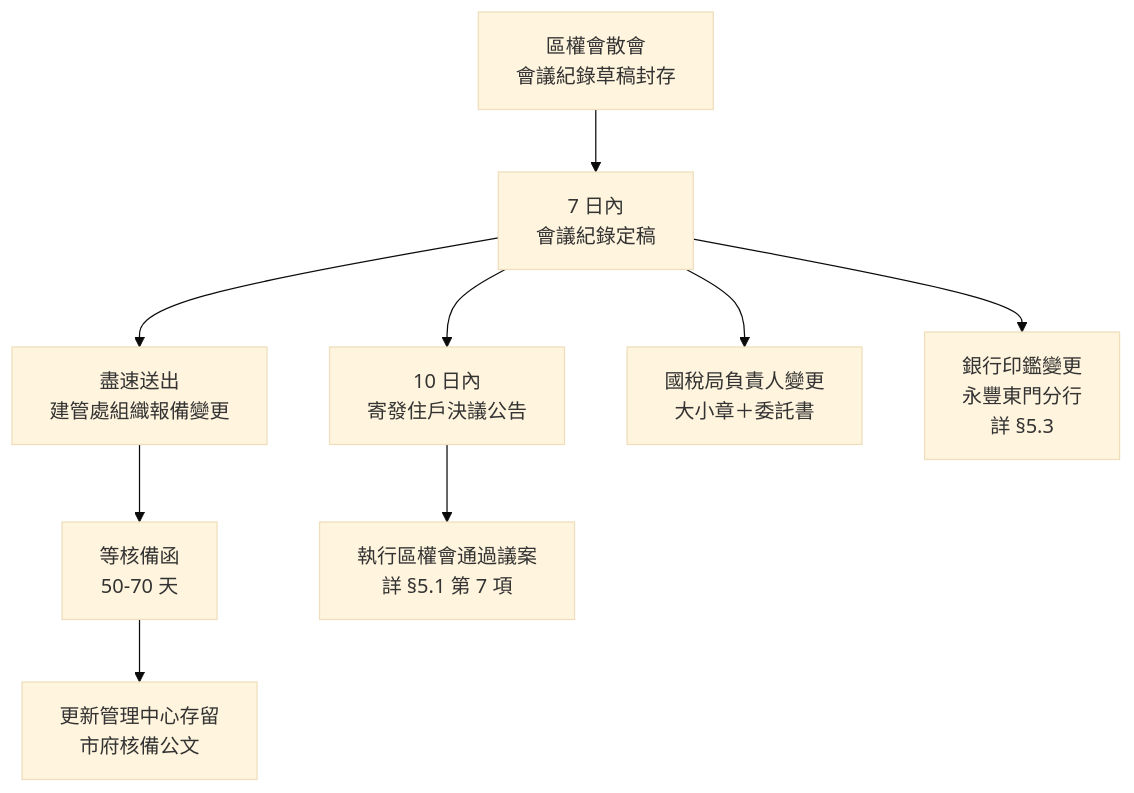
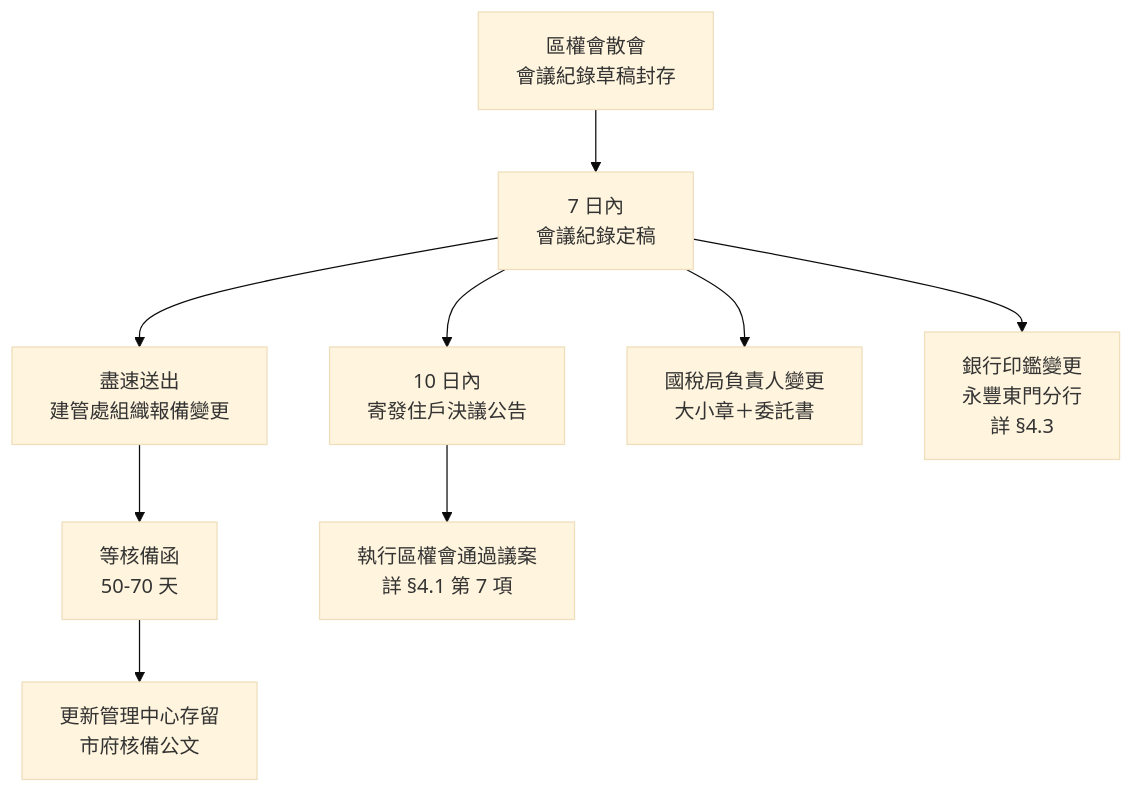
One commit to culturalcity/culturalcity.github.io changed the sixth of 8 diagrams in src/admin/staff/pm-wiki.md. Above: the diagram before and after it, drawn with Mermaid (base theme). The commit also changed other lines of this file and 1 other file, not shown here.

````diff
--- a/src/admin/staff/pm-wiki.md
+++ b/src/admin/staff/pm-wiki.md
@@ -1129,11 +1257,11 @@
 ```mermaid
 flowchart TD
   A[區權會散會<br/>會議紀錄草稿封存] --> B[7 日內<br/>會議紀錄定稿]
   B --> C[10 日內<br/>寄發住戶決議公告]
   B --> D[盡速送出<br/>建管處組織報備變更]
   B --> E[國稅局負責人變更<br/>大小章＋委託書]
-  B --> F[銀行印鑑變更<br/>永豐東門分行<br/>詳 §5.3]
+  B --> F[銀行印鑑變更<br/>永豐東門分行<br/>詳 §4.3]
   D --> G[等核備函<br/>50-70 天]
   G --> H[更新管理中心存留<br/>市府核備公文]
-  C --> I[執行區權會通過議案<br/>詳 §5.1 第 7 項]
+  C --> I[執行區權會通過議案<br/>詳 §4.1 第 7 項]
 ```
````
